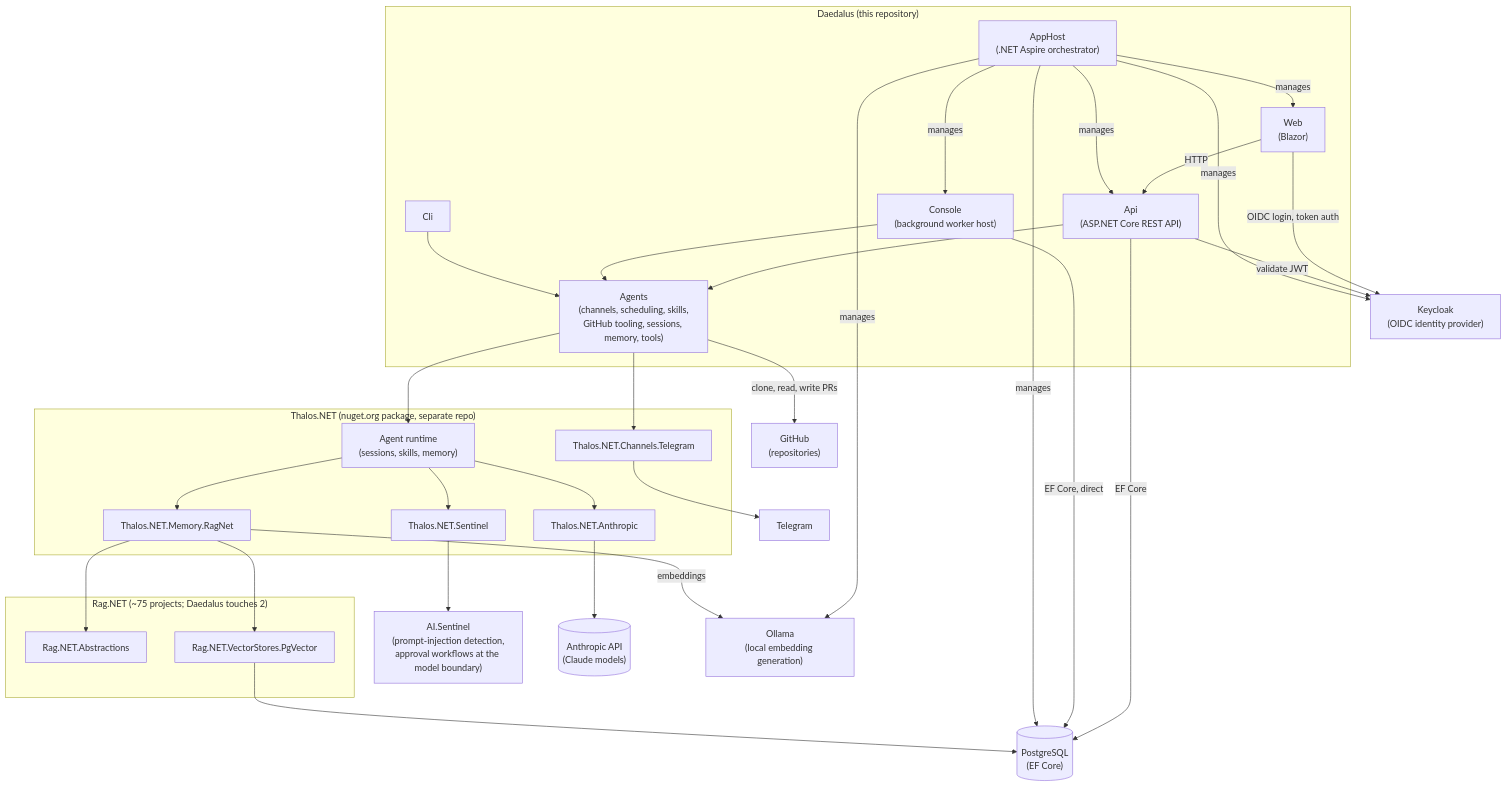
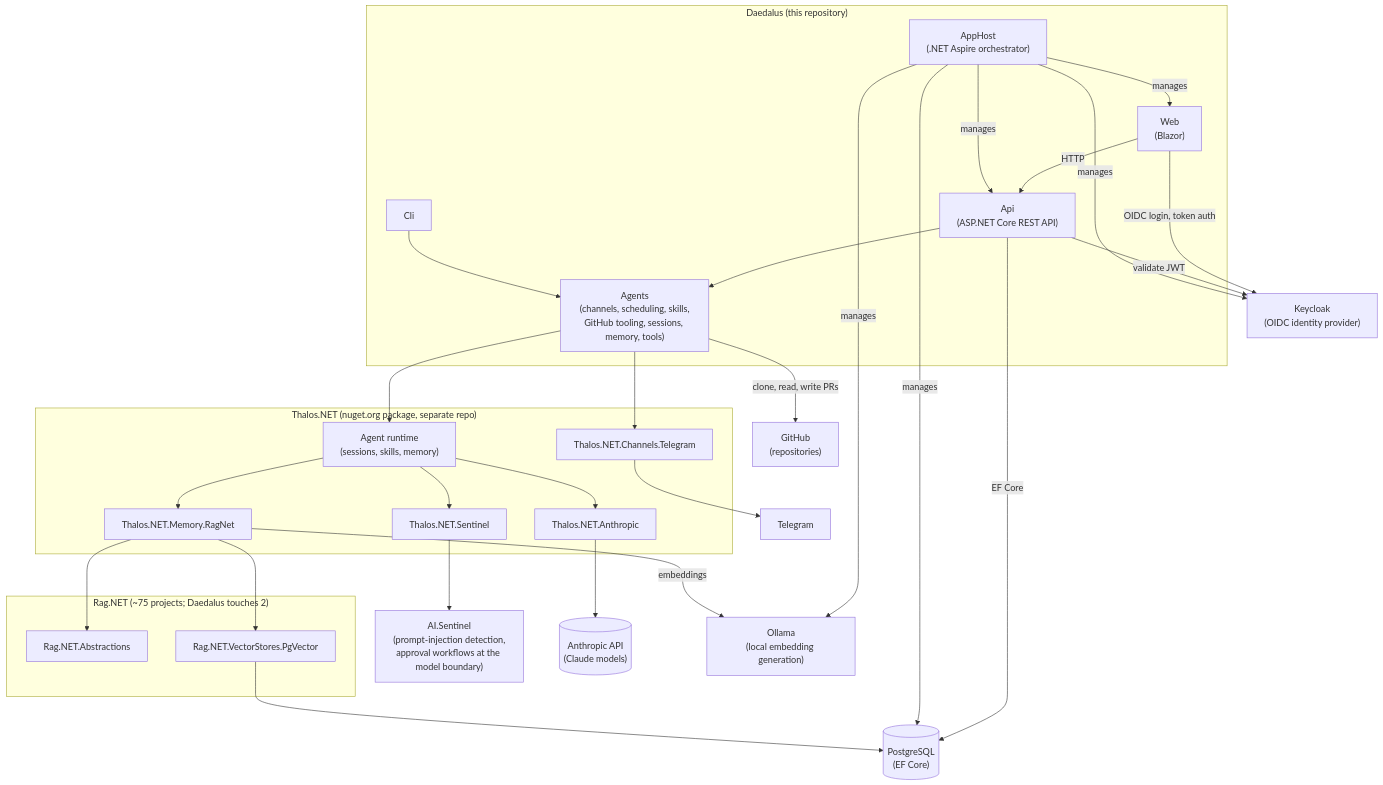
Before and after one commit to MarcelRoozekrans/Daedalus.NET: the first of 23 diagrams in docs/architecture-diagrams.md, drawn with Mermaid. The commit also changed other lines of this file and 8 other files, not shown here.

````diff
--- a/docs/architecture-diagrams.md
+++ b/docs/architecture-diagrams.md
@@ -19,64 +23,60 @@
 ```mermaid
 graph TB
     subgraph "Daedalus (this repository)"
         Web["Web<br/>(Blazor)"]
         Api["Api<br/>(ASP.NET Core REST API)"]
-        Console["Console<br/>(background worker host)"]
         Cli["Cli"]
         Agents["Agents<br/>(channels, scheduling, skills,<br/>GitHub tooling, sessions, memory, tools)"]
         AppHost["AppHost<br/>(.NET Aspire orchestrator)"]
     end
 
     subgraph "Thalos.NET (nuget.org package, separate repo)"
         Runtime["Agent runtime<br/>(sessions, skills, memory)"]
         ThalosAnthropic["Thalos.NET.Anthropic"]
         ThalosSentinel["Thalos.NET.Sentinel"]
         ThalosMemoryRagNet["Thalos.NET.Memory.RagNet"]
         ThalosTelegram["Thalos.NET.Channels.Telegram"]
     end
 
     Sentinel["AI.Sentinel<br/>(prompt-injection detection,<br/>approval workflows at the model boundary)"]
 
     subgraph "Rag.NET (~75 projects; Daedalus touches 2)"
         RagAbstractions["Rag.NET.Abstractions"]
         RagPgVector["Rag.NET.VectorStores.PgVector"]
     end
 
     AnthropicApi[("Anthropic API<br/>(Claude models)")]
     Postgres[("PostgreSQL<br/>(EF Core)")]
     Keycloak["Keycloak<br/>(OIDC identity provider)"]
     Ollama["Ollama<br/>(local embedding generation)"]
     GitHub["GitHub<br/>(repositories)"]
     Telegram["Telegram"]
 
     Web -->|HTTP| Api
     Web -->|OIDC login, token auth| Keycloak
     Api -->|EF Core| Postgres
     Api -->|validate JWT| Keycloak
-    Console -->|EF Core, direct| Postgres
     Api --> Agents
-    Console --> Agents
     Cli --> Agents
 
     AppHost -->|manages| Web
     AppHost -->|manages| Api
-    AppHost -->|manages| Console
     AppHost -->|manages| Postgres
     AppHost -->|manages| Keycloak
     AppHost -->|manages| Ollama
 
     Agents --> Runtime
     Agents -->|clone, read, write PRs| GitHub
     Agents --> ThalosTelegram
     Runtime --> ThalosAnthropic
     Runtime --> ThalosSentinel
     Runtime --> ThalosMemoryRagNet
 
     ThalosAnthropic --> AnthropicApi
     ThalosSentinel --> Sentinel
     ThalosMemoryRagNet --> RagAbstractions
     ThalosMemoryRagNet --> RagPgVector
     ThalosMemoryRagNet -->|embeddings| Ollama
     RagPgVector --> Postgres
     ThalosTelegram --> Telegram
 ```
````
